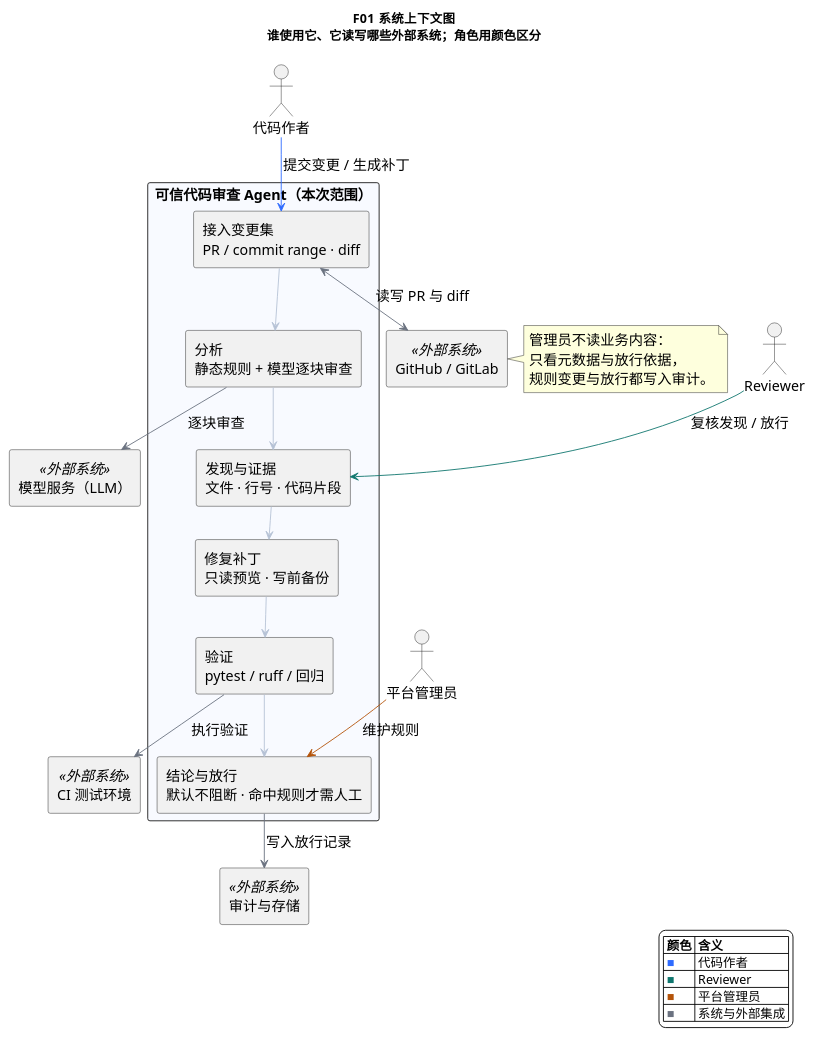
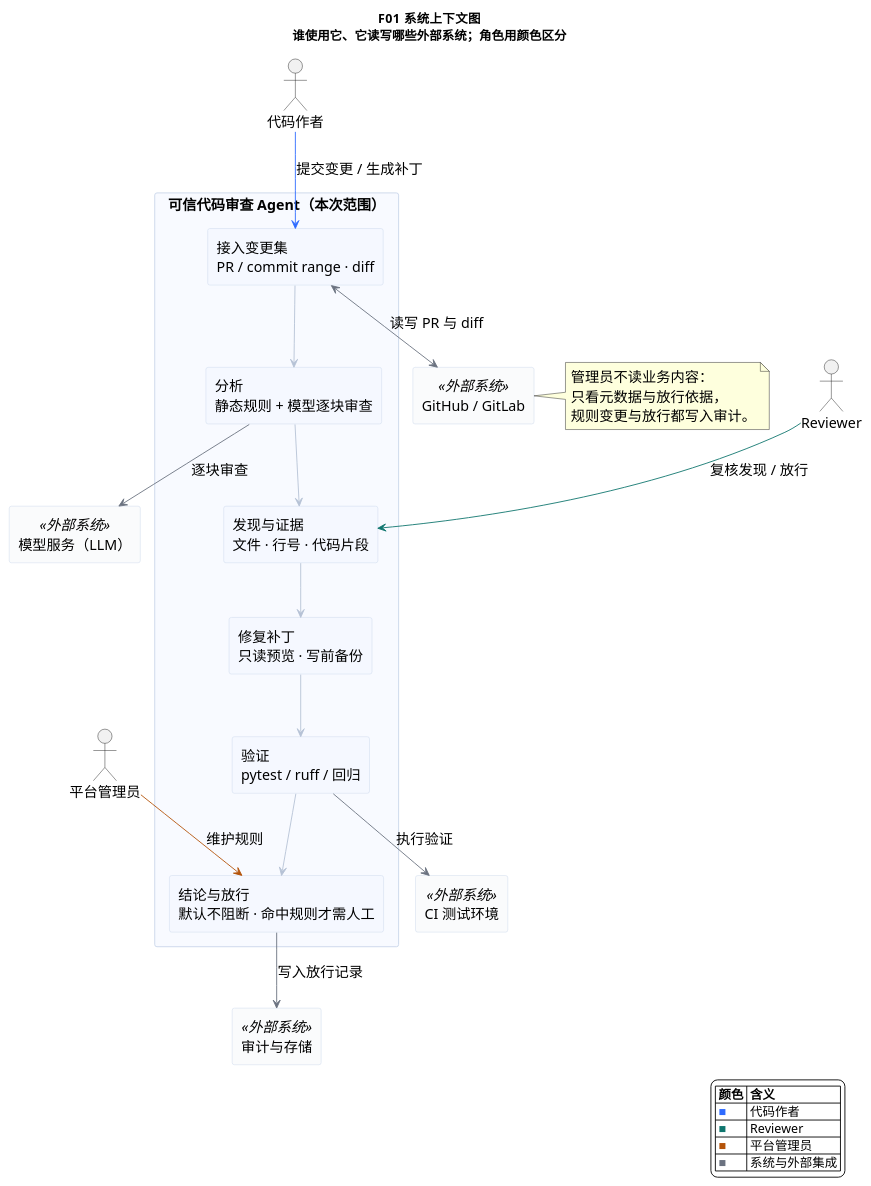
Before and after one commit to yemuxue/code-review-agent: the diagram in 可信代码审查Agent/03_可编辑源文件/PlantUML/F01_系统上下文图.puml, drawn with PlantUML. The commit also changed 6 other files, not shown here.

First line of the commit message:
chore(atlas): 安装 Graphviz 后重排 F01；浅色配色；构建脚本支持 GRAPHVIZ_DOT

```diff
--- a/可信代码审查Agent/03_可编辑源文件/PlantUML/F01_系统上下文图.puml
+++ b/可信代码审查Agent/03_可编辑源文件/PlantUML/F01_系统上下文图.puml
@@ -1,61 +1,68 @@
 @startuml
-!pragma layout smetana
 ' F01 系统上下文图（UML 组件图）
 skinparam shadowing false
 skinparam backgroundColor #FFFFFF
 skinparam defaultFontSize 16
 skinparam defaultFontName PingFang SC
 skinparam componentStyle rectangle
+skinparam component {
+  BackgroundColor #F5F8FF
+  BorderColor #C9D6EA
+}
+skinparam rectangle {
+  BackgroundColor #FCFDFF
+  BorderColor #C9D6EA
+}
 skinparam ArrowColor #6B7280
 skinparam actorStyle stickman
 
 title F01  系统上下文图\n<size:14>谁使用它、它读写哪些外部系统；角色用颜色区分</size>
 
 actor "代码作者" as A1
 actor "Reviewer" as A2
 actor "平台管理员" as A3
 
 rectangle "可信代码审查 Agent（本次范围）" as SYS #F8FAFF {
   component "接入变更集\nPR / commit range · diff" as C1
   component "分析\n静态规则 + 模型逐块审查" as C2
   component "发现与证据\n文件 · 行号 · 代码片段" as C3
   component "修复补丁\n只读预览 · 写前备份" as C4
   component "验证\npytest / ruff / 回归" as C5
   component "结论与放行\n默认不阻断 · 命中规则才需人工" as C6
 }
 
 C1 -[#B6C2D6]-> C2
 C2 -[#B6C2D6]-> C3
 C3 -[#B6C2D6]-> C4
 C4 -[#B6C2D6]-> C5
 C5 -[#B6C2D6]-> C6
 
-component "GitHub / GitLab" as X1 <<外部系统>>
-component "模型服务（LLM）" as X2 <<外部系统>>
-component "CI 测试环境" as X3 <<外部系统>>
-component "审计与存储" as X4 <<外部系统>>
+component "GitHub / GitLab" as X1 <<外部系统>> #FAFBFC
+component "模型服务（LLM）" as X2 <<外部系统>> #FAFBFC
+component "CI 测试环境" as X3 <<外部系统>> #FAFBFC
+component "审计与存储" as X4 <<外部系统>> #FAFBFC
 
 A1 -[#2E6BFF]-> C1 : 提交变更 / 生成补丁
 A2 -[#0F766E]-> C3 : 复核发现 / 放行
 A3 -[#B45309]-> C6 : 维护规则
 
 C1 <--> X1 : 读写 PR 与 diff
 C2 --> X2 : 逐块审查
 C5 --> X3 : 执行验证
 C6 --> X4 : 写入放行记录
 
 legend right
   |= 颜色 |= 含义 |
   | <color:#2E6BFF>■</color> | 代码作者 |
   | <color:#0F766E>■</color> | Reviewer |
   | <color:#B45309>■</color> | 平台管理员 |
   | <color:#6B7280>■</color> | 系统与外部集成 |
 endlegend
 
 note right of X1
   管理员不读业务内容：
   只看元数据与放行依据，
   规则变更与放行都写入审计。
 end note
 
 @enduml
```
